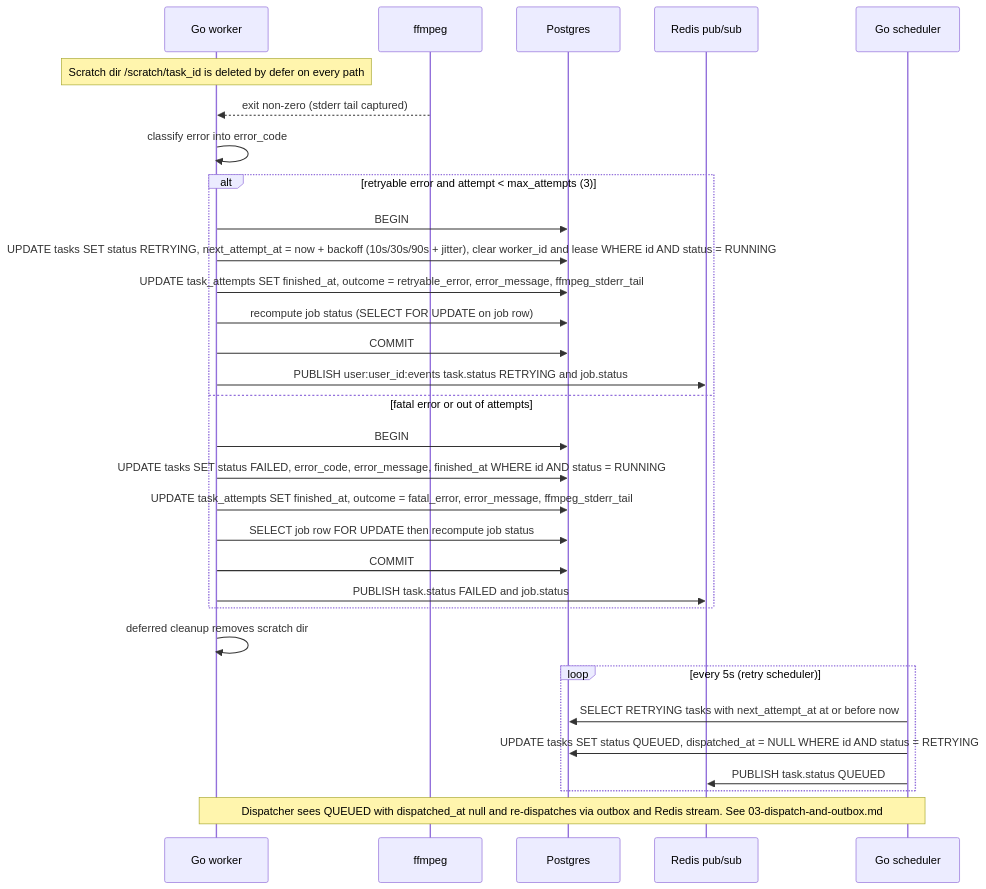
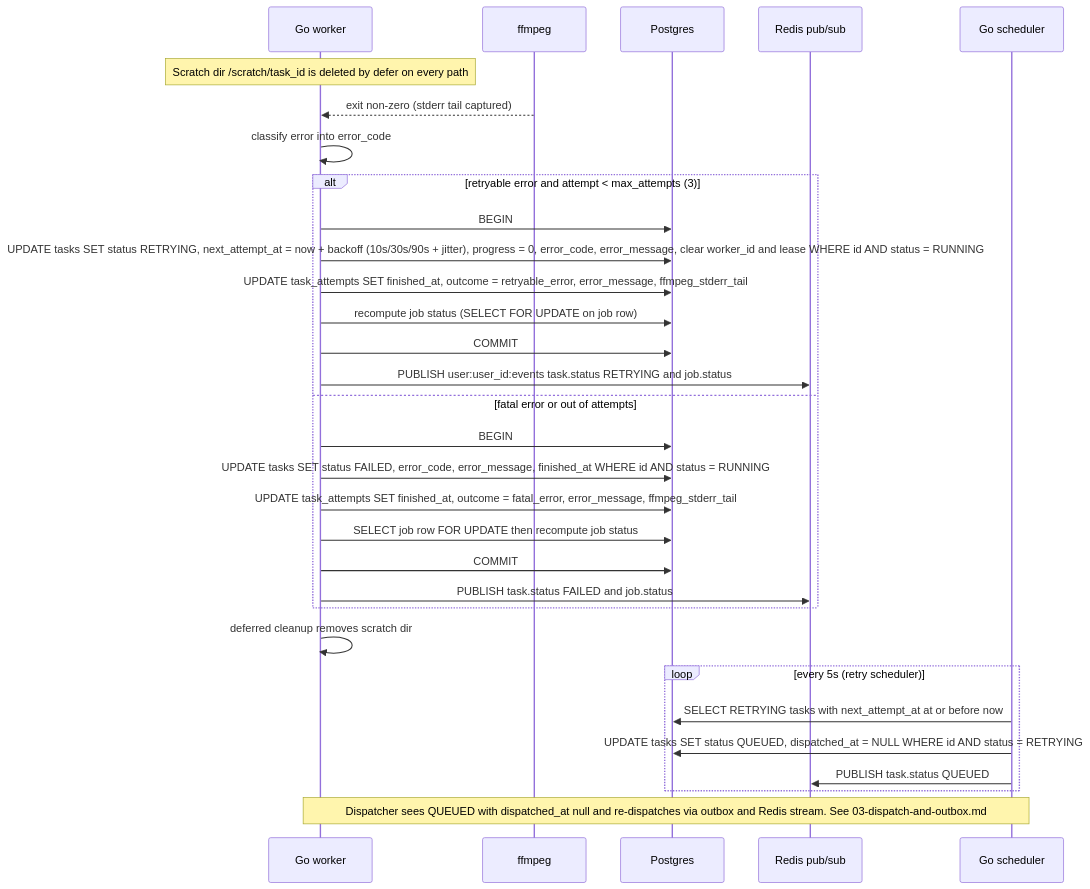
The diagram in docs/diagrams/sequence/06-task-failure-and-retry.md (MardonBa/transcoding-job-scheduler), drawn with Mermaid before and after one commit. The commit also changed other lines of this file and 31 other files, not shown here.

````diff
--- a/docs/diagrams/sequence/06-task-failure-and-retry.md
+++ b/docs/diagrams/sequence/06-task-failure-and-retry.md
@@ -5,37 +5,37 @@
 ```mermaid
 sequenceDiagram
     participant Worker as Go worker
     participant FFmpeg as ffmpeg
     participant PG as Postgres
     participant RPubSub as Redis pub/sub
     participant Sched as Go scheduler
 
     Note over Worker: Scratch dir /scratch/task_id is deleted by defer on every path
     FFmpeg-->>Worker: exit non-zero (stderr tail captured)
     Worker->>Worker: classify error into error_code
 
     alt retryable error and attempt < max_attempts (3)
         Worker->>PG: BEGIN
-        Worker->>PG: UPDATE tasks SET status RETRYING, next_attempt_at = now + backoff (10s/30s/90s + jitter), clear worker_id and lease WHERE id AND status = RUNNING
+        Worker->>PG: UPDATE tasks SET status RETRYING, next_attempt_at = now + backoff (10s/30s/90s + jitter), progress = 0, error_code, error_message, clear worker_id and lease WHERE id AND status = RUNNING
         Worker->>PG: UPDATE task_attempts SET finished_at, outcome = retryable_error, error_message, ffmpeg_stderr_tail
         Worker->>PG: recompute job status (SELECT FOR UPDATE on job row)
         Worker->>PG: COMMIT
         Worker->>RPubSub: PUBLISH user:user_id:events task.status RETRYING and job.status
     else fatal error or out of attempts
         Worker->>PG: BEGIN
         Worker->>PG: UPDATE tasks SET status FAILED, error_code, error_message, finished_at WHERE id AND status = RUNNING
         Worker->>PG: UPDATE task_attempts SET finished_at, outcome = fatal_error, error_message, ffmpeg_stderr_tail
         Worker->>PG: SELECT job row FOR UPDATE then recompute job status
         Worker->>PG: COMMIT
         Worker->>RPubSub: PUBLISH task.status FAILED and job.status
     end
     Worker->>Worker: deferred cleanup removes scratch dir
 
     loop every 5s (retry scheduler)
         Sched->>PG: SELECT RETRYING tasks with next_attempt_at at or before now
         Sched->>PG: UPDATE tasks SET status QUEUED, dispatched_at = NULL WHERE id AND status = RETRYING
         Sched->>RPubSub: PUBLISH task.status QUEUED
     end
 
     Note over Sched,Worker: Dispatcher sees QUEUED with dispatched_at null and re-dispatches via outbox and Redis stream. See 03-dispatch-and-outbox.md
 ```
````
